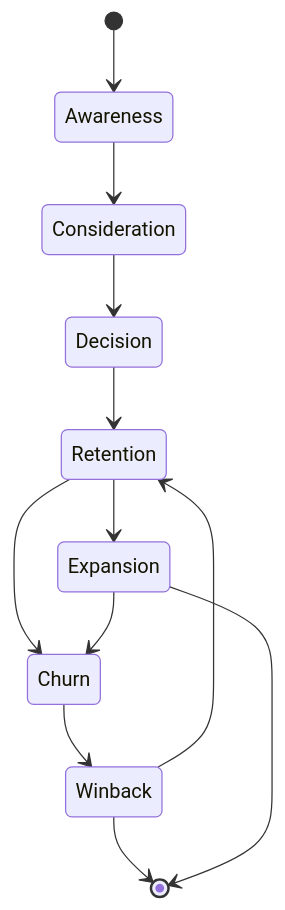
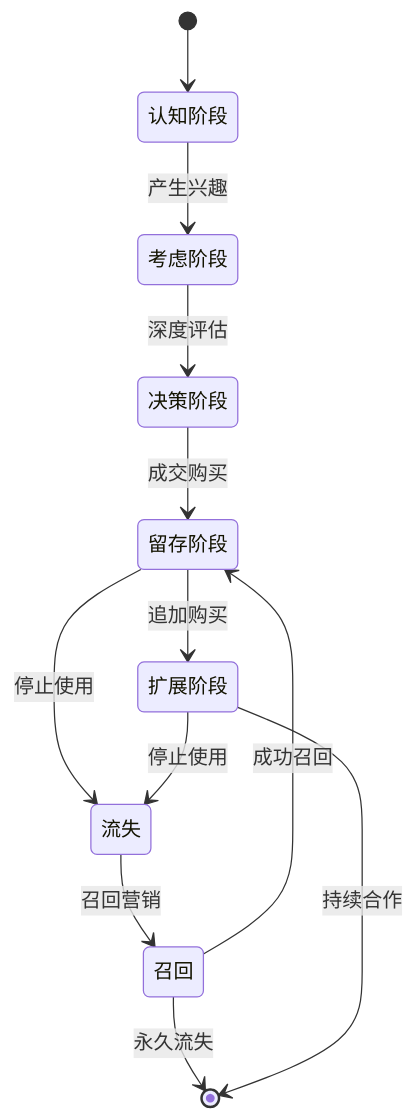
Diagram 22 of 25 in docs/b2b-cdp-entity-design.md (312268112/advanced-java), drawn with Mermaid before and after one commit. The commit also changed other lines of this file, not shown here.

````diff
--- a/docs/b2b-cdp-entity-design.md
+++ b/docs/b2b-cdp-entity-design.md
@@ -814,18 +821,18 @@
 ```mermaid
 stateDiagram-v2
-    [*] --> Awareness
+    [*] --> 认知阶段
     
-    Awareness --> Consideration
-    Consideration --> Decision
-    Decision --> Retention
-    Retention --> Expansion
+    认知阶段 --> 考虑阶段: 产生兴趣
+    考虑阶段 --> 决策阶段: 深度评估
+    决策阶段 --> 留存阶段: 成交购买
+    留存阶段 --> 扩展阶段: 追加购买
     
-    Retention --> Churn
-    Expansion --> Churn
+    留存阶段 --> 流失: 停止使用
+    扩展阶段 --> 流失: 停止使用
     
-    Churn --> Winback
-    Winback --> Retention
-    Winback --> [*]
+    流失 --> 召回: 召回营销
+    召回 --> 留存阶段: 成功召回
+    召回 --> [*]: 永久流失
     
-    Expansion --> [*]
+    扩展阶段 --> [*]: 持续合作
 ```
````
